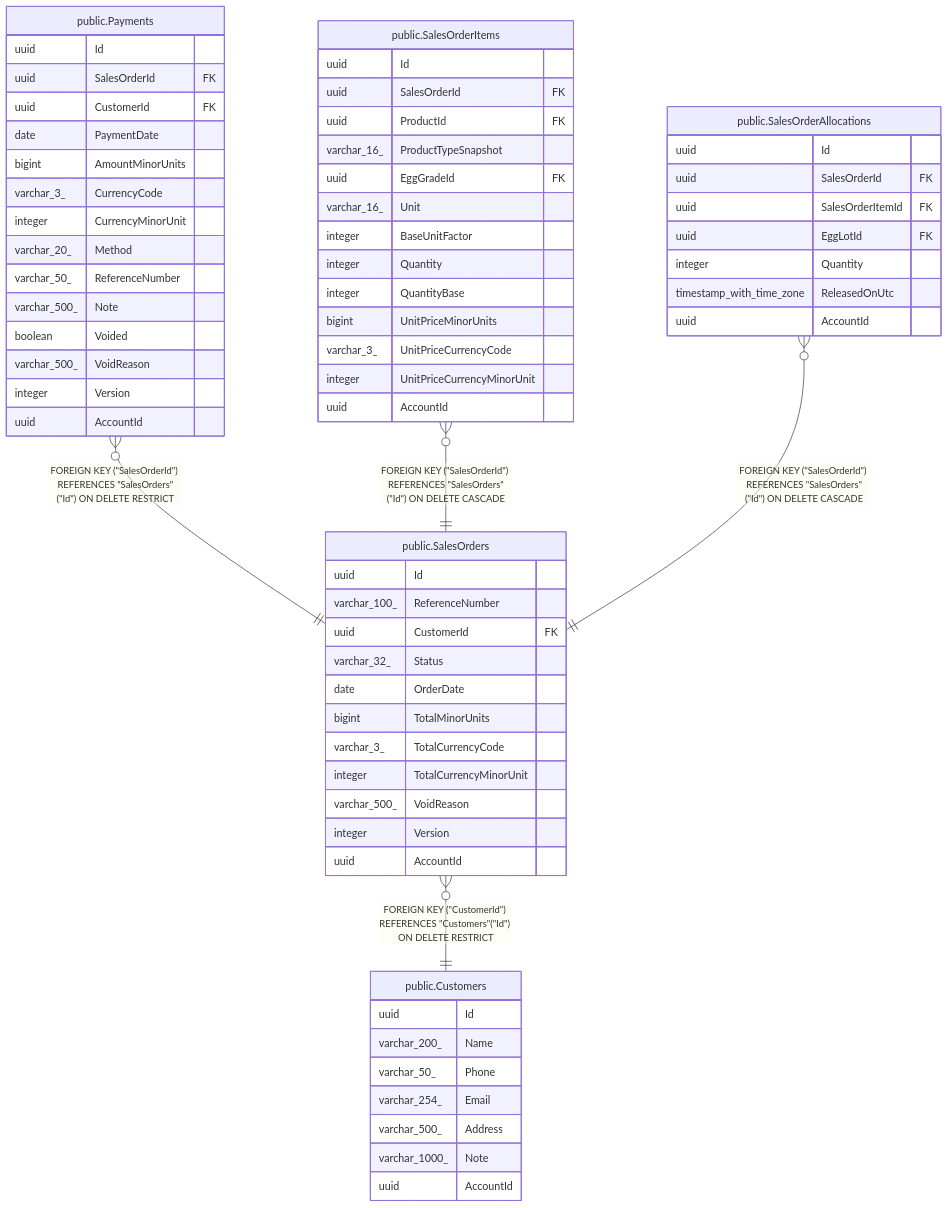
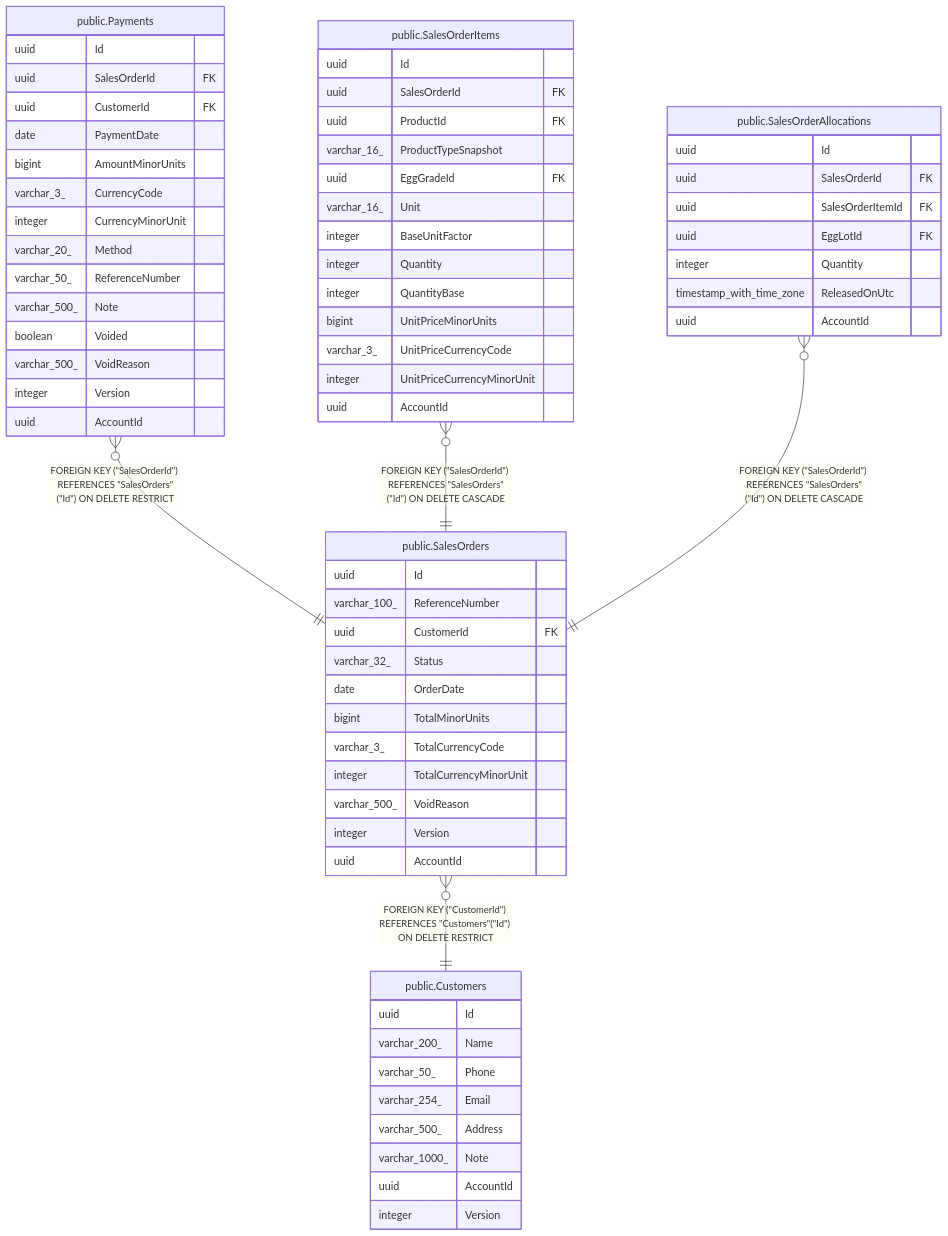
One commit to mforce/cluckwork changed the diagram in docs/schema/public.SalesOrders.md. Above: the diagram before and after it, drawn with Mermaid. The commit also changed 36 other files, not shown here.

````diff
--- a/docs/schema/public.SalesOrders.md
+++ b/docs/schema/public.SalesOrders.md
@@ -52,71 +52,72 @@
 ```mermaid
 erDiagram
 
 "public.Payments" }o--|| "public.SalesOrders" : "FOREIGN KEY (#quot;SalesOrderId#quot;) REFERENCES #quot;SalesOrders#quot;(#quot;Id#quot;) ON DELETE RESTRICT"
 "public.SalesOrderItems" }o--|| "public.SalesOrders" : "FOREIGN KEY (#quot;SalesOrderId#quot;) REFERENCES #quot;SalesOrders#quot;(#quot;Id#quot;) ON DELETE CASCADE"
 "public.SalesOrderAllocations" }o--|| "public.SalesOrders" : "FOREIGN KEY (#quot;SalesOrderId#quot;) REFERENCES #quot;SalesOrders#quot;(#quot;Id#quot;) ON DELETE CASCADE"
 "public.SalesOrders" }o--|| "public.Customers" : "FOREIGN KEY (#quot;CustomerId#quot;) REFERENCES #quot;Customers#quot;(#quot;Id#quot;) ON DELETE RESTRICT"
 
 "public.SalesOrders" {
   uuid Id
   varchar_100_ ReferenceNumber
   uuid CustomerId FK
   varchar_32_ Status
   date OrderDate
   bigint TotalMinorUnits
   varchar_3_ TotalCurrencyCode
   integer TotalCurrencyMinorUnit
   varchar_500_ VoidReason
   integer Version
   uuid AccountId
 }
 "public.Payments" {
   uuid Id
   uuid SalesOrderId FK
   uuid CustomerId FK
   date PaymentDate
   bigint AmountMinorUnits
   varchar_3_ CurrencyCode
   integer CurrencyMinorUnit
   varchar_20_ Method
   varchar_50_ ReferenceNumber
   varchar_500_ Note
   boolean Voided
   varchar_500_ VoidReason
   integer Version
   uuid AccountId
 }
 "public.SalesOrderItems" {
   uuid Id
   uuid SalesOrderId FK
   uuid ProductId FK
   varchar_16_ ProductTypeSnapshot
   uuid EggGradeId FK
   varchar_16_ Unit
   integer BaseUnitFactor
   integer Quantity
   integer QuantityBase
   bigint UnitPriceMinorUnits
   varchar_3_ UnitPriceCurrencyCode
   integer UnitPriceCurrencyMinorUnit
   uuid AccountId
 }
 "public.SalesOrderAllocations" {
   uuid Id
   uuid SalesOrderId FK
   uuid SalesOrderItemId FK
   uuid EggLotId FK
   integer Quantity
   timestamp_with_time_zone ReleasedOnUtc
   uuid AccountId
 }
 "public.Customers" {
   uuid Id
   varchar_200_ Name
   varchar_50_ Phone
   varchar_254_ Email
   varchar_500_ Address
   varchar_1000_ Note
   uuid AccountId
+  integer Version
 }
 ```
````
